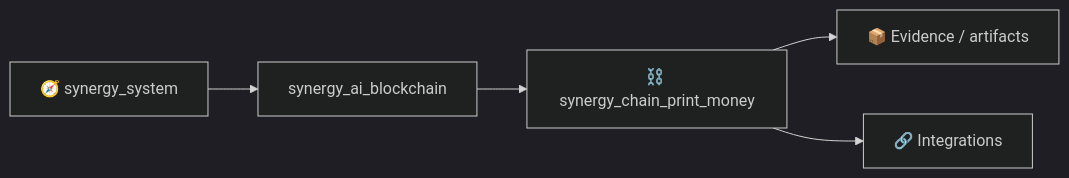
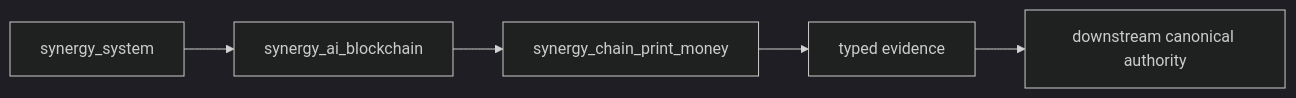
Before and after one commit to Shtenco/synergy_chain_print_money: the second of 2 diagrams in README.md, drawn with Mermaid (dark theme). The commit also changed other lines of this file, not shown here.

````diff
--- a/README.md
+++ b/README.md
@@ -20,7 +137,7 @@
 ```mermaid
 flowchart LR
-    SYS[🧭 synergy_system] --> P[synergy_ai_blockchain]
-    P --> THIS[⛓️ synergy_chain_print_money]
-    THIS --> E[📦 Evidence / artifacts]
-    THIS --> I[🔗 Integrations]
+    SYS[synergy_system] --> P[synergy_ai_blockchain]
+    P --> THIS[synergy_chain_print_money]
+    THIS --> E[typed evidence]
+    E --> NEXT[downstream canonical authority]
 ```
````
